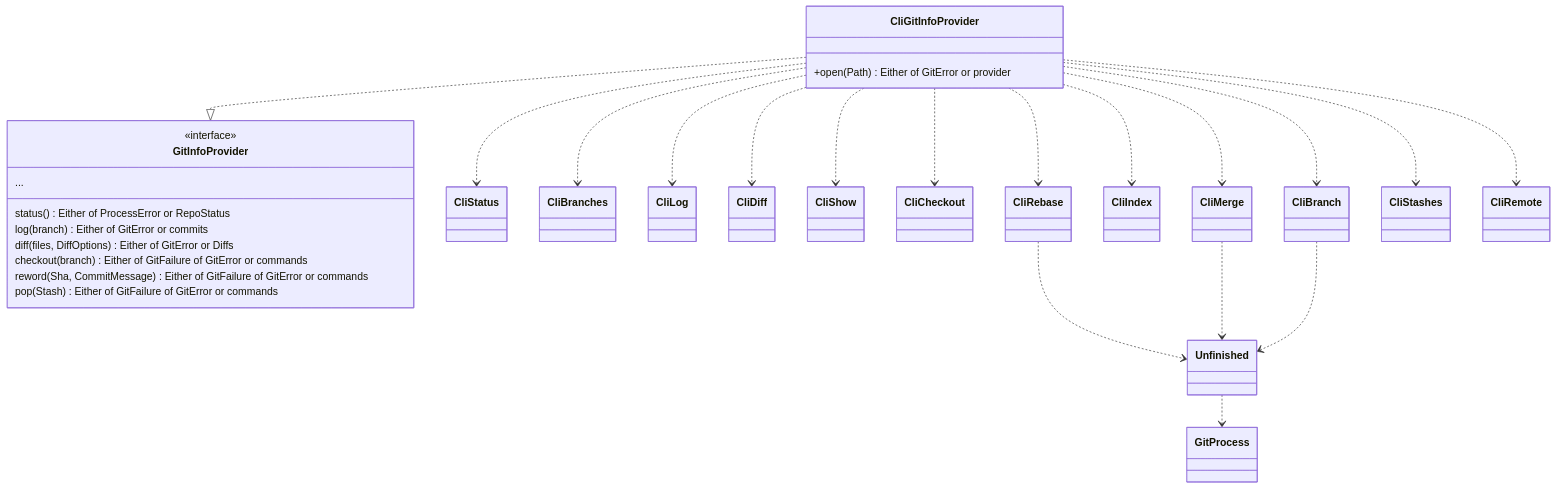
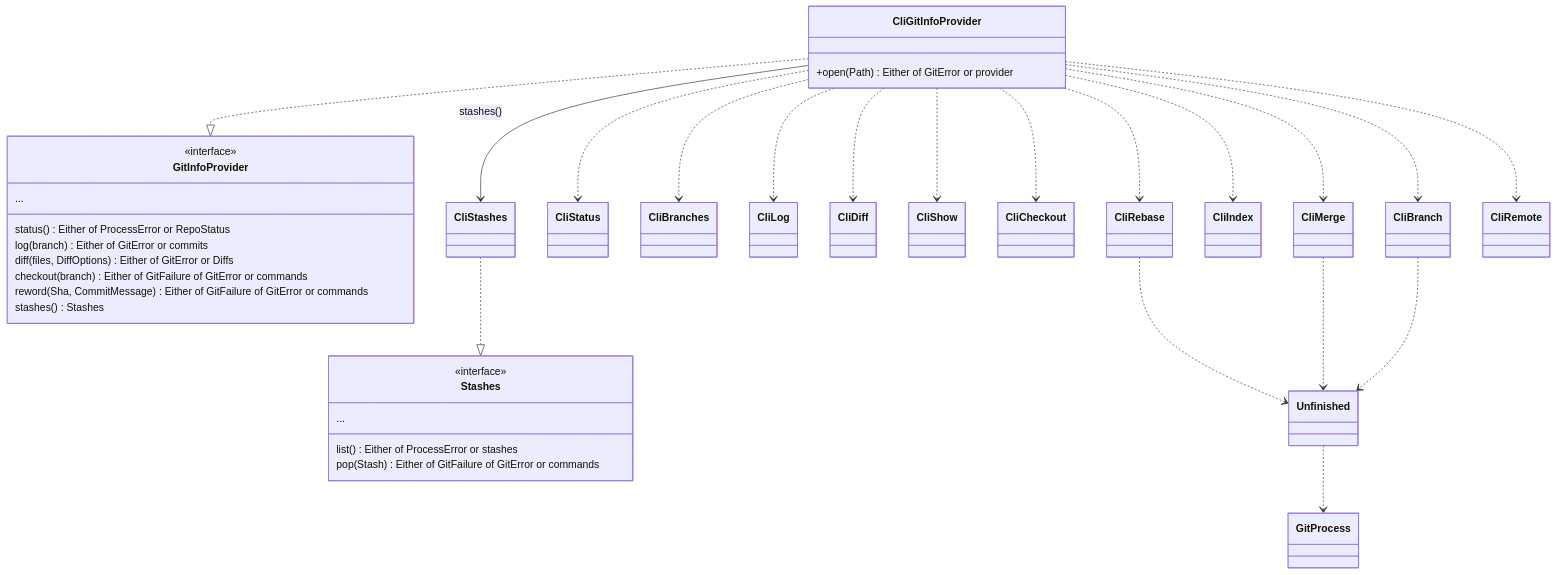
Before and after one commit to cvanfleteren/jazygit: the fourth of 7 diagrams in ARCHITECTURE.md, drawn with Mermaid. The commit also changed other lines of this file, not shown here.

Commit message:
ARCHITECTURE.md shows the stashes as a role: GitInfoProvider hands out Stashes, which CliStashes implements
From the review of #310; the later roles are drawn the same way.

````diff
--- a/ARCHITECTURE.md
+++ b/ARCHITECTURE.md
@@ -832,33 +832,40 @@
 ```mermaid
 classDiagram
     class GitInfoProvider {
         <<interface>>
         status() Either of ProcessError or RepoStatus
         log(branch) Either of GitError or commits
         diff(files, DiffOptions) Either of GitError or Diffs
         checkout(branch) Either of GitFailure of GitError or commands
         reword(Sha, CommitMessage) Either of GitFailure of GitError or commands
-        pop(Stash) Either of GitFailure of GitError or commands
+        stashes() Stashes
         ...
     }
     class CliGitInfoProvider {
         +open(Path) Either of GitError or provider
     }
+    class Stashes {
+        <<interface>>
+        list() Either of ProcessError or stashes
+        pop(Stash) Either of GitFailure of GitError or commands
+        ...
+    }
     CliGitInfoProvider ..|> GitInfoProvider
+    CliStashes ..|> Stashes
     CliGitInfoProvider ..> CliStatus
     CliGitInfoProvider ..> CliBranches
     CliGitInfoProvider ..> CliLog
     CliGitInfoProvider ..> CliDiff
     CliGitInfoProvider ..> CliShow
     CliGitInfoProvider ..> CliCheckout
     CliGitInfoProvider ..> CliBranch
     CliGitInfoProvider ..> CliIndex
     CliGitInfoProvider ..> CliMerge
     CliGitInfoProvider ..> CliRebase
-    CliGitInfoProvider ..> CliStashes
+    CliGitInfoProvider --> CliStashes : stashes()
     CliGitInfoProvider ..> CliRemote
     CliRebase ..> Unfinished
     CliMerge ..> Unfinished
     CliBranch ..> Unfinished
     Unfinished ..> GitProcess
 ```
````
